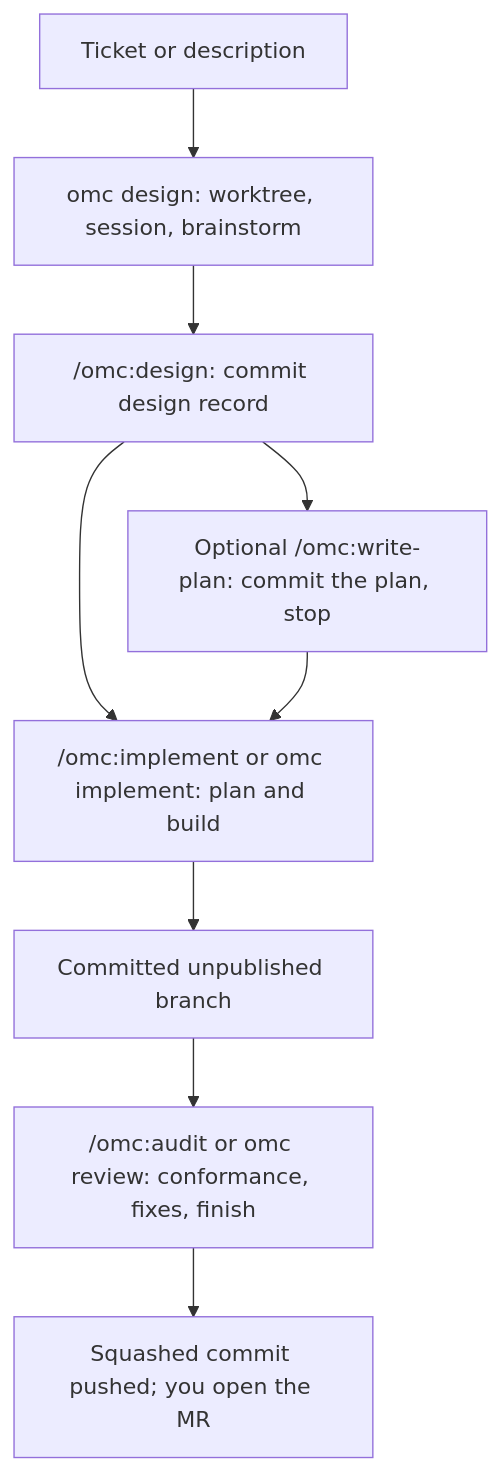
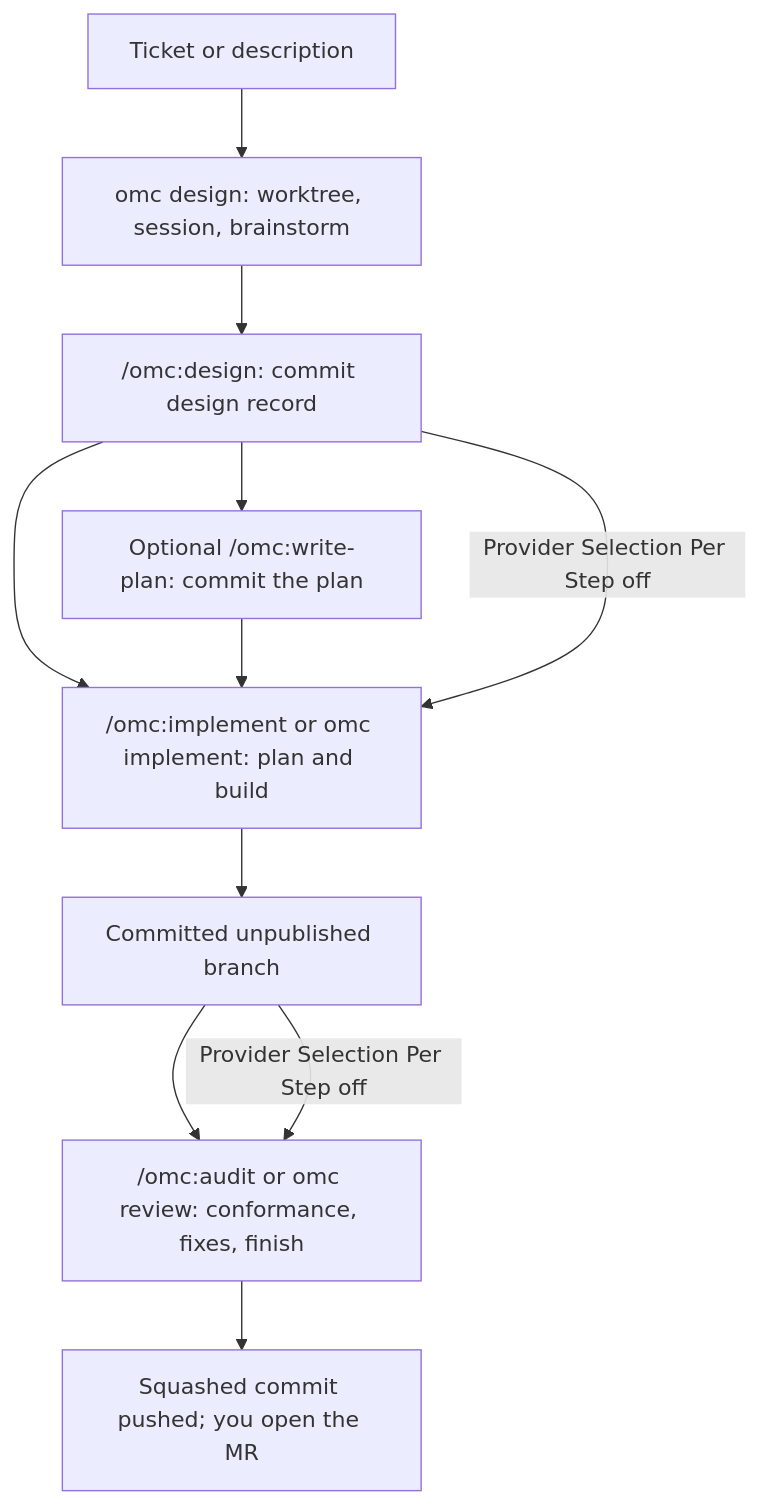
One commit to chris-husse/oh-my-clanker changed the first of 4 diagrams in README.md. Above: the diagram before and after it, drawn with Mermaid. The commit also changed other lines of this file and 23 other files, not shown here.

First line of the commit message:
Add LLM › Provider Selection Per Step; auto-advance by default

````diff
--- a/README.md
+++ b/README.md
@@ -152,11 +153,13 @@
 ```mermaid
 flowchart TD
     Context["Ticket or description"] --> Design["omc design: worktree, session, brainstorm"]
     Design --> Record["/omc:design: commit design record"]
     Record --> Build["/omc:implement or omc implement: plan and build"]
-    Record --> WritePlan["Optional /omc:write-plan: commit the plan, stop"]
+    Record --> WritePlan["Optional /omc:write-plan: commit the plan"]
     WritePlan --> Build
+    Record -->|Provider Selection Per Step off| Build
     Build --> Branch["Committed unpublished branch"]
     Branch --> Audit["/omc:audit or omc review: conformance, fixes, finish"]
+    Branch -->|Provider Selection Per Step off| Audit
     Audit --> Push["Squashed commit pushed; you open the MR"]
 ```
````
